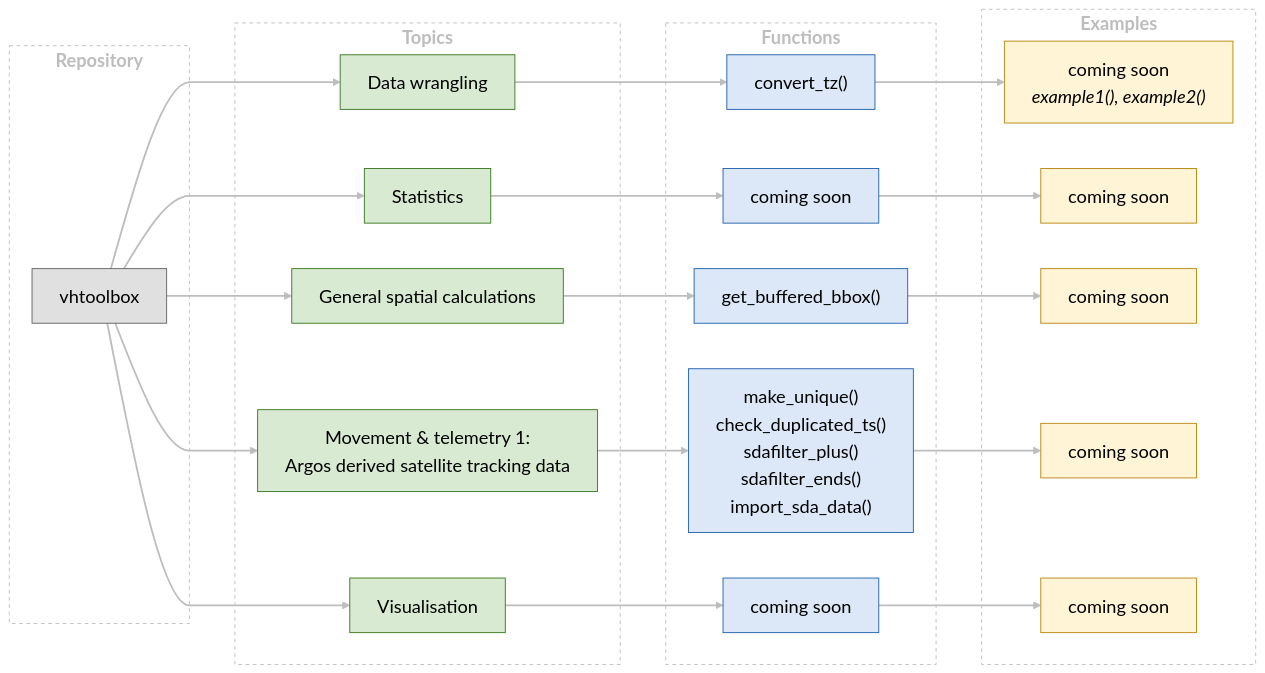
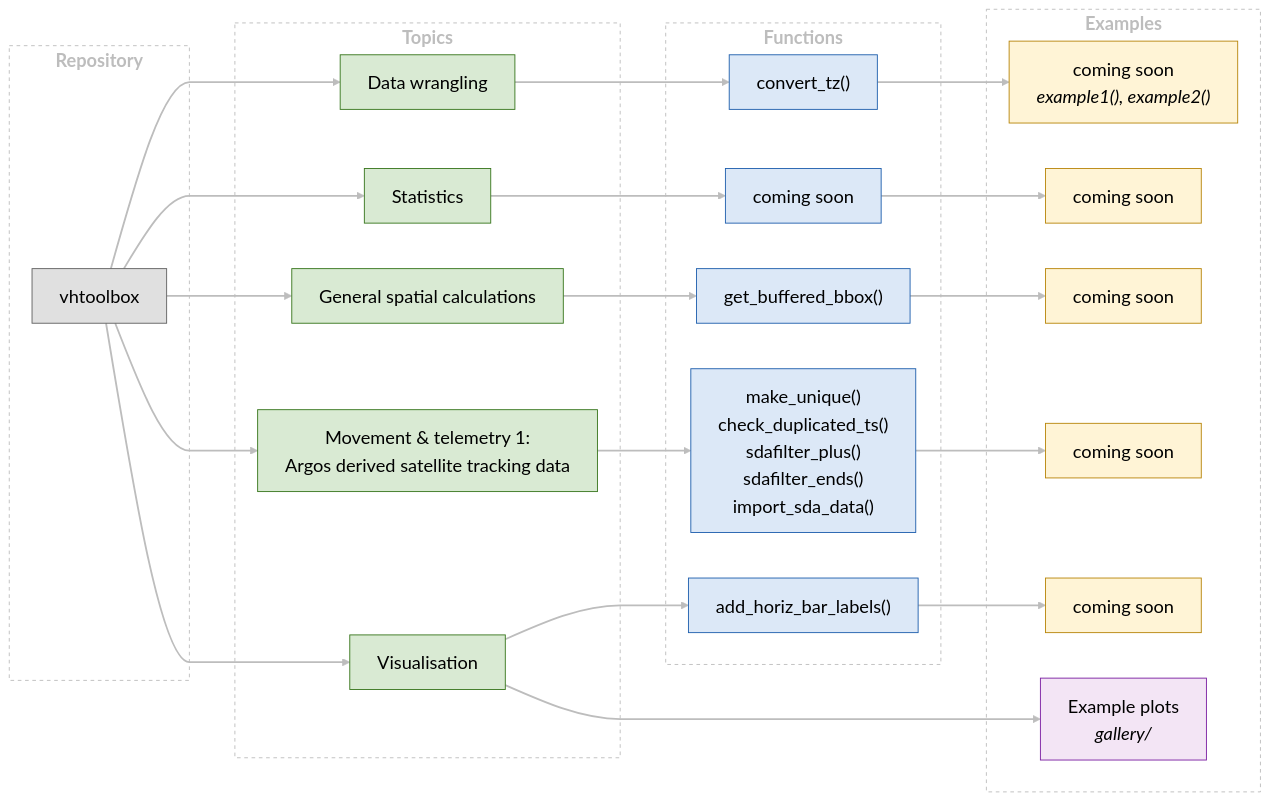
One commit to vheim/vhtoolbox changed the diagram in README.md. Above: the diagram before and after it, drawn with Mermaid. The commit also changed other lines of this file and 1 other file, not shown here.

Commit message:
updated readme to show gallery connections

````diff
--- a/README.md
+++ b/README.md
@@ -25,63 +25,68 @@
 ```mermaid
 ---
 config:
   theme: default
   themeVariables:
     fontSize: 20px
     lineColor: "#BDBDBD"
   themeCSS: ".marker { overflow: visible; } .marker path { transform: scale(1.5); transform-origin: 10px 5px; }"
   look: classic
   layout: dagre
   flowchart:
     curve: monotoneX
     wrappingWidth: 400
 ---
 flowchart LR
   subgraph L1["`**Repository**`"]
     R["vhtoolbox"]
   end
   subgraph L2["`**Topics**`"]
     T1["Data wrangling"]
     T2["Statistics"]
     T3["General spatial calculations"]
     T4["Movement & telemetry 1:<br/>Argos derived satellite tracking data"]
     T5["Visualisation"]
   end
   subgraph L3["`**Functions**`"]
     F1["convert_tz()"]
     F2["coming soon"]
     F3["get_buffered_bbox()"]
     F4["make_unique()<br/>check_duplicated_ts()<br/>sdafilter_plus()<br/>sdafilter_ends()<br/>import_sda_data()"]
-    F5["coming soon"]
+    F5["add_horiz_bar_labels()"]
   end
   subgraph L4["`**Examples**`"]
     E1["coming soon<br/><i>example1(), example2()</i>"]
     E2["coming soon"]
     E3["coming soon"]
     E4["coming soon"]
     E5["coming soon"]
+    G5["Example plots<br/><i>gallery/</i>"]
   end
 
   R --> T1 & T2 & T3 & T4 & T5
   T1 --> F1 --> E1
   T2 --> F2 --> E2
   T3 --> F3 --> E3
   T4 --> F4 --> E4
   T5 --> F5 --> E5
+  T5 ---> G5
 
   %% One example box per topic: replace "coming soon" with the example name(s),
   %% each followed by the functions it uses in italics, e.g.
   %%   E4["Rexample_sdafilter_plus.R<br/><i>sdafilter_plus(), sdafilter_ends()</i>"]
+  %% ---> (three dashes) skips one column: Visualisation -> gallery box in the Examples column
 
   classDef repo     fill:#E0E0E0,stroke:#616161,color:#000;
   classDef topic    fill:#D9EAD3,stroke:#38761D,color:#000;
   classDef func     fill:#DCE8F7,stroke:#1F5FAD,color:#000;
   classDef example  fill:#FFF4D6,stroke:#B8860B,color:#000;
+  classDef gallery  fill:#F3E5F5,stroke:#7B1FA2,color:#000;
   classDef level    fill:none,stroke:#BDBDBD,stroke-dasharray:4 4,color:#BDBDBD;
   class R repo;
   class T1,T2,T3,T4,T5 topic;
   class F1,F2,F3,F4,F5 func;
   class E1,E2,E3,E4,E5 example;
+  class G5 gallery;
   class L1,L2,L3,L4 level;
   linkStyle default stroke:#BDBDBD,stroke-width:2.0px;
 ```
````
